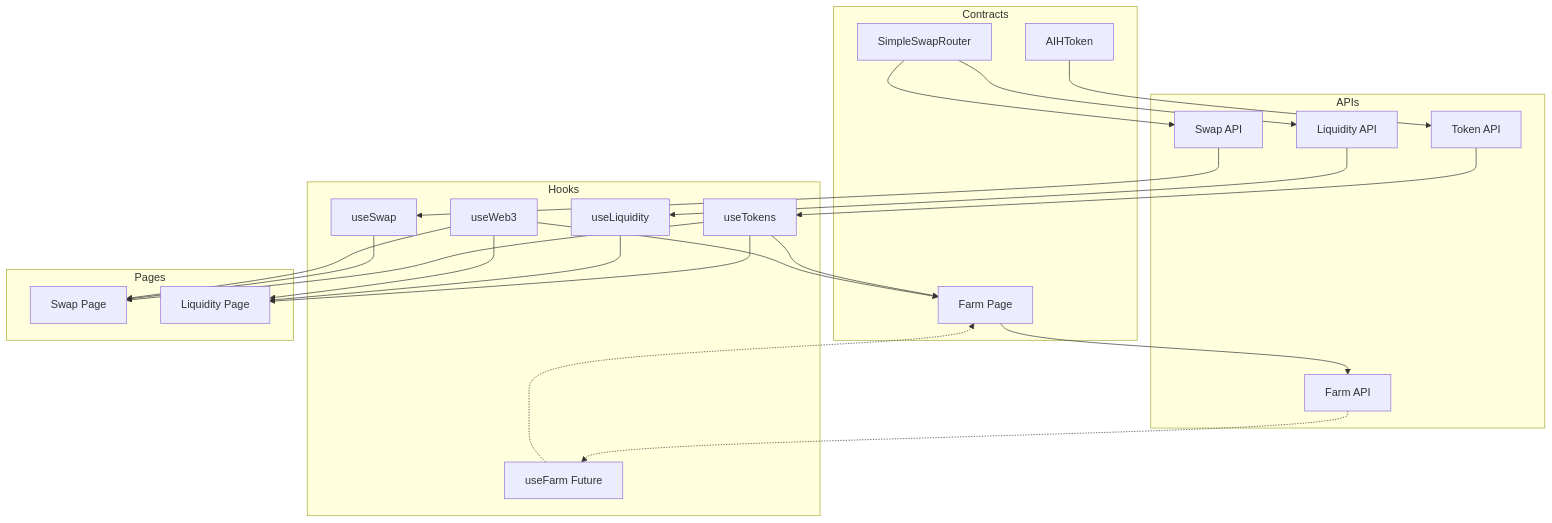
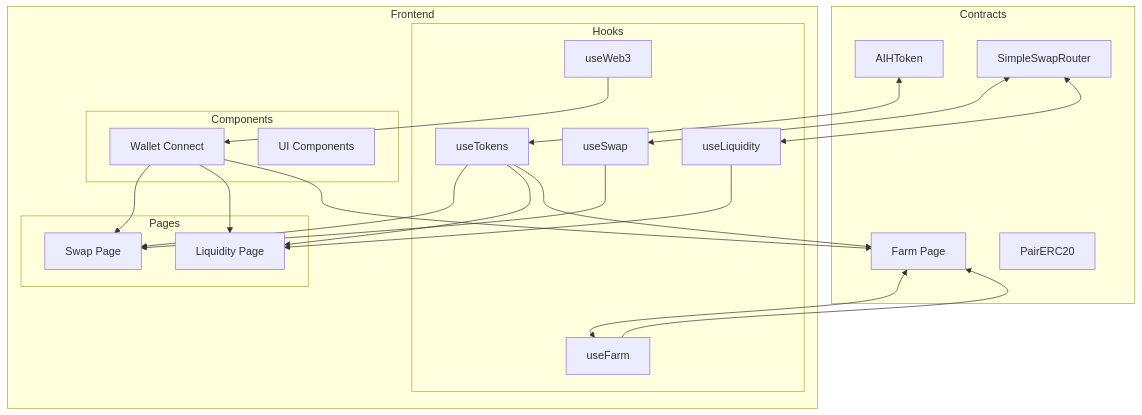
The first of 3 diagrams in README.md (AlbertLei-Web3/AIHarvest2.0), drawn with Mermaid before and after one commit. The commit also changed other lines of this file and 1 other file, not shown here.

````diff
--- a/README.md
+++ b/README.md
@@ -259,49 +105,47 @@
 ```mermaid
 flowchart TD
     subgraph Contracts
         AIHToken[AIHToken]
         Router[SimpleSwapRouter]
         Farm[SimpleFarm]
+        PairERC20[PairERC20]
     end
     
-    subgraph APIs
-        TokenAPI[Token API]
-        SwapAPI[Swap API]
-        LiquidityAPI[Liquidity API]
-        FarmAPI[Farm API]
+    subgraph Frontend
+        subgraph Hooks
+            useTokens[useTokens]
+            useSwap[useSwap]
+            useLiquidity[useLiquidity]
+            useWeb3[useWeb3]
+            useFarm[useFarm]
+        end
+        
+        subgraph Pages
+            Swap[Swap Page]
+            Liquidity[Liquidity Page]
+            Farm[Farm Page]
+        end
+        
+        subgraph Components
+            WalletConnect[Wallet Connect]
+            UI[UI Components]
+        end
     end
     
-    subgraph Hooks
-        useTokens[useTokens]
-        useSwap[useSwap]
-        useLiquidity[useLiquidity]
-        useWeb3[useWeb3]
-        useFarm[useFarm Future]
-    end
-    
-    subgraph Pages
-        Swap[Swap Page]
-        Liquidity[Liquidity Page]
-        Farm[Farm Page]
-    end
-    
-    AIHToken --> TokenAPI
-    Router --> SwapAPI
-    Router --> LiquidityAPI
-    Farm --> FarmAPI
-    
-    TokenAPI --> useTokens
-    SwapAPI --> useSwap
-    LiquidityAPI --> useLiquidity
-    FarmAPI -.-> useFarm
+    AIHToken <--> useTokens
+    Router <--> useSwap
+    Router <--> useLiquidity
+    Farm <--> useFarm
     
     useTokens --> Swap
     useTokens --> Liquidity
     useTokens --> Farm
     useSwap --> Swap
     useLiquidity --> Liquidity
-    useFarm -.-> Farm
-    useWeb3 --> Swap
-    useWeb3 --> Liquidity
-    useWeb3 --> Farm
+    useFarm --> Farm
+    useWeb3 --> WalletConnect
+    
+    WalletConnect --> Swap
+    WalletConnect --> Liquidity
+    WalletConnect --> Farm
 ```
````
